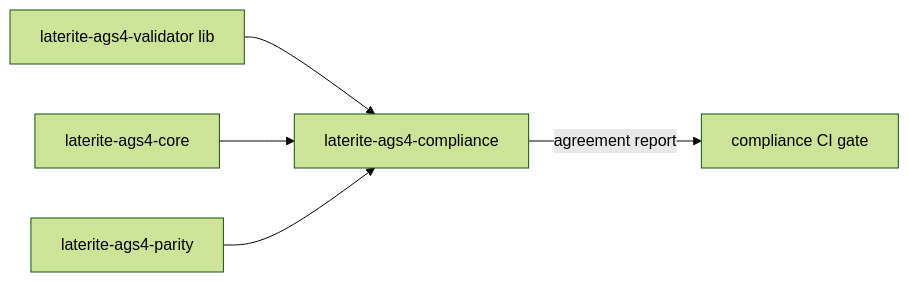
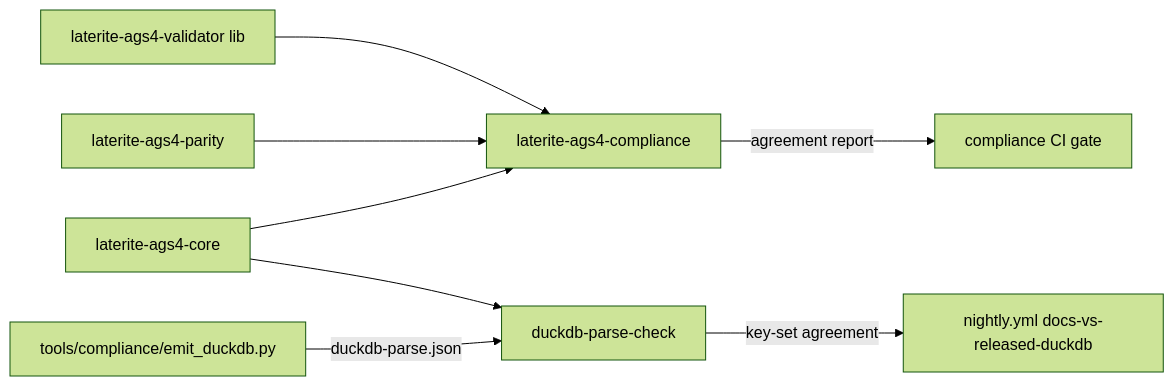
Before and after one commit to niko86/laterite: the diagram in ags-wiki/tools/laterite-ags4-compliance.md, drawn with Mermaid (forest theme). The commit also changed other lines of this file and 6 other files, not shown here.

````diff
--- a/ags-wiki/tools/laterite-ags4-compliance.md
+++ b/ags-wiki/tools/laterite-ags4-compliance.md
@@ -61,7 +74,10 @@
 ```mermaid
 flowchart LR
   val[laterite-ags4-validator lib] --> comp[laterite-ags4-compliance]
   core[laterite-ags4-core] --> comp
   parity[laterite-ags4-parity] --> comp
   comp -->|agreement report| ci[compliance CI gate]
+  emit[tools/compliance/emit_duckdb.py] -->|duckdb-parse.json| dpc[duckdb-parse-check]
+  core --> dpc
+  dpc -->|key-set agreement| nightly[nightly.yml docs-vs-released-duckdb]
 ```
````
